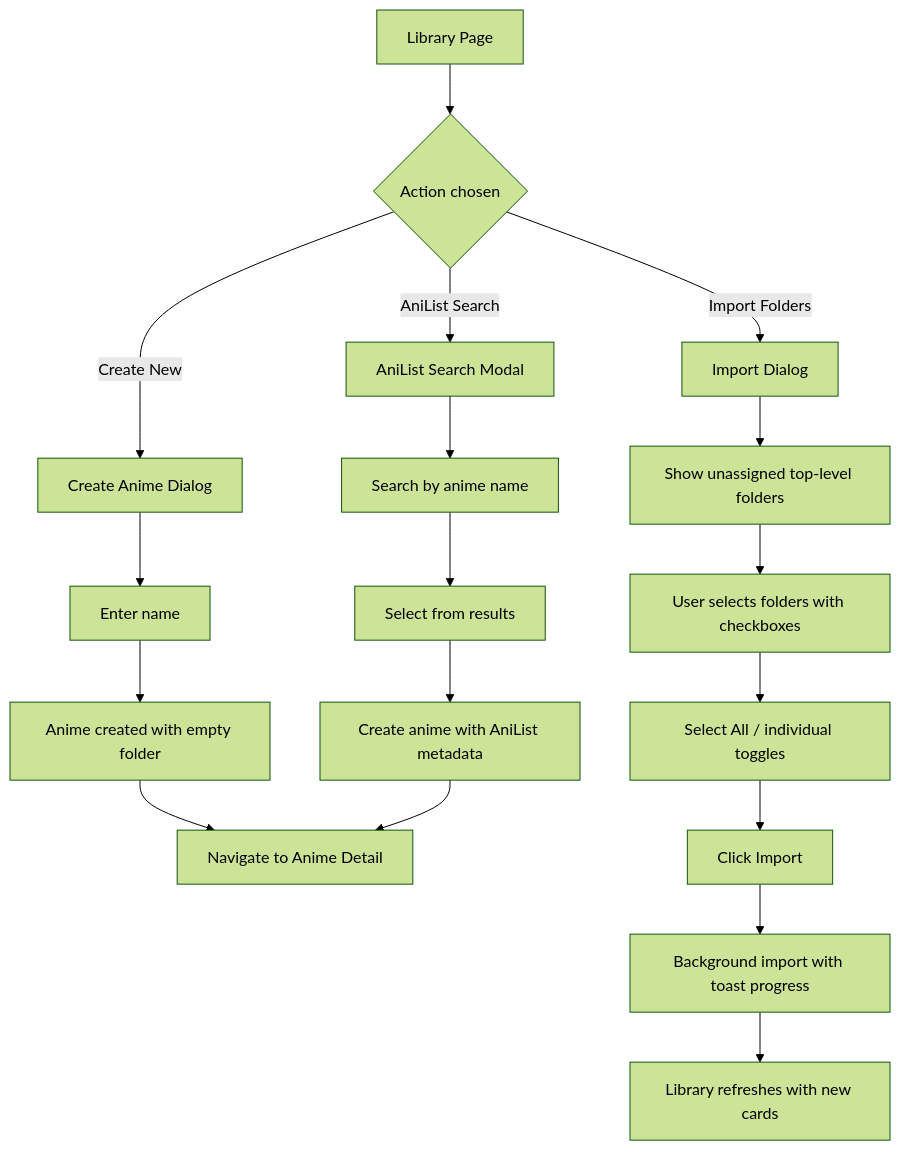
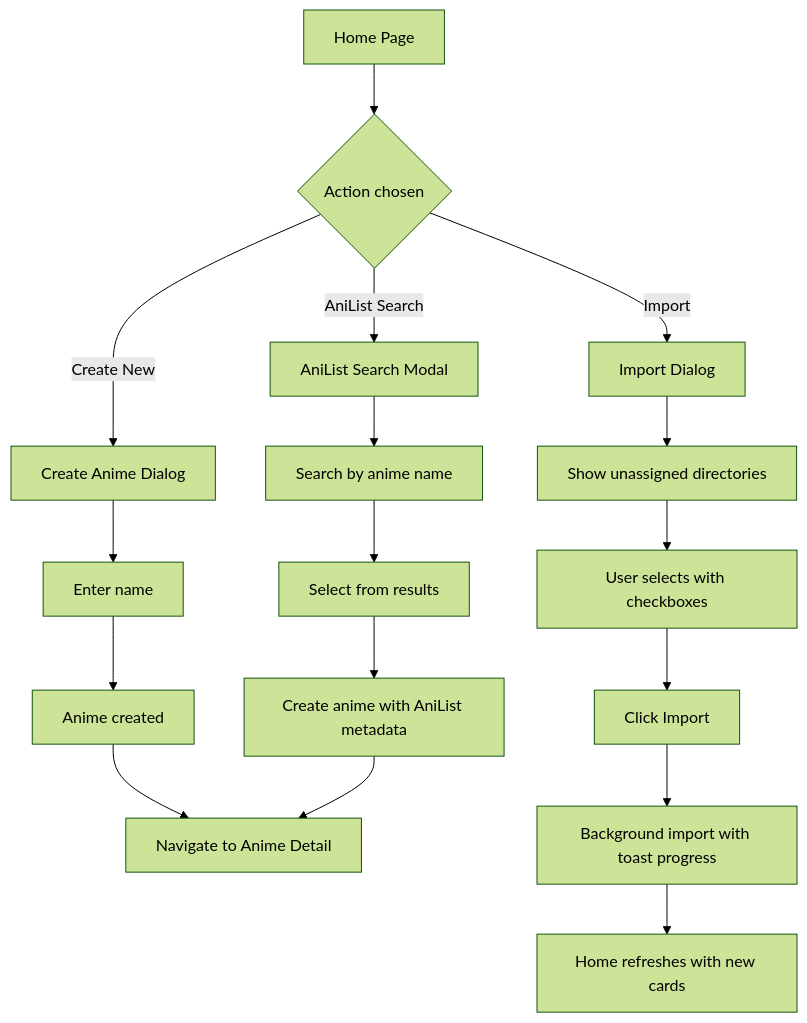
One commit to michael-freling/anime-image-viewer changed the second of 8 diagrams in docs/content/ux-redesign/_index.md. Above: the diagram before and after it, drawn with Mermaid (forest theme). The commit also changed other lines of this file and 55 other files, not shown here.

````diff
--- a/docs/content/ux-redesign/_index.md
+++ b/docs/content/ux-redesign/_index.md
@@ -86,22 +113,21 @@
 ```mermaid
 flowchart TD
-    A[Library Page] --> B{Action chosen}
+    A[Home Page] --> B{Action chosen}
     B -->|Create New| C[Create Anime Dialog]
     C --> D[Enter name]
-    D --> E[Anime created with empty folder]
+    D --> E[Anime created]
     E --> F[Navigate to Anime Detail]
 
-    B -->|Import Folders| G[Import Dialog]
-    G --> H[Show unassigned top-level folders]
-    H --> I[User selects folders with checkboxes]
-    I --> J[Select All / individual toggles]
-    J --> K[Click Import]
-    K --> L[Background import with toast progress]
-    L --> M[Library refreshes with new cards]
+    B -->|Import| G[Import Dialog]
+    G --> H[Show unassigned directories]
+    H --> I[User selects with checkboxes]
+    I --> J[Click Import]
+    J --> K[Background import with toast progress]
+    K --> L[Home refreshes with new cards]
 
-    B -->|AniList Search| N[AniList Search Modal]
-    N --> O[Search by anime name]
-    O --> P[Select from results]
-    P --> Q[Create anime with AniList metadata]
-    Q --> F
+    B -->|AniList Search| M[AniList Search Modal]
+    M --> N[Search by anime name]
+    N --> O[Select from results]
+    O --> P[Create anime with AniList metadata]
+    P --> F
 ```
````
